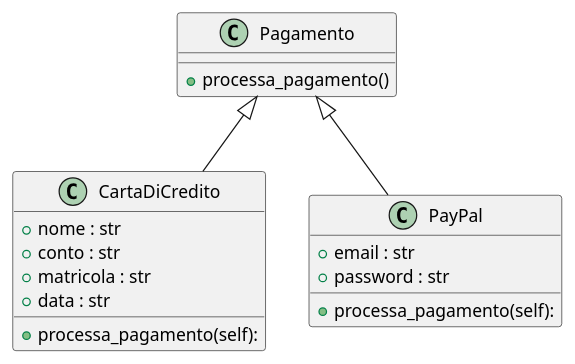
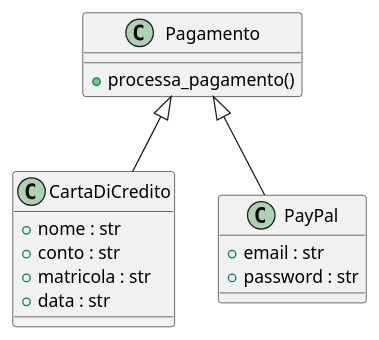
One commit to CristianMonticelli/io changed the diagram in esercizio 6/umlclasse6.wsd. Above: the diagram before and after it, drawn with PlantUML. The commit also changed 2 other files, not shown here.

```diff
--- a/esercizio 6/umlclasse6.wsd
+++ b/esercizio 6/umlclasse6.wsd
@@ -1,26 +1,24 @@
 @startuml es6
 
 class Pagamento{
     + processa_pagamento()
 }
 
 class CartaDiCredito{
         
     +nome : str
     +conto : str
     +matricola : str
     +data : str
-    +processa_pagamento(self):
         
 }
     
 
 class PayPal{
     +email : str
     +password : str
-    +processa_pagamento(self):
         
 }
 Pagamento <|--CartaDiCredito
 Pagamento <|--PayPal
 @enduml
```
